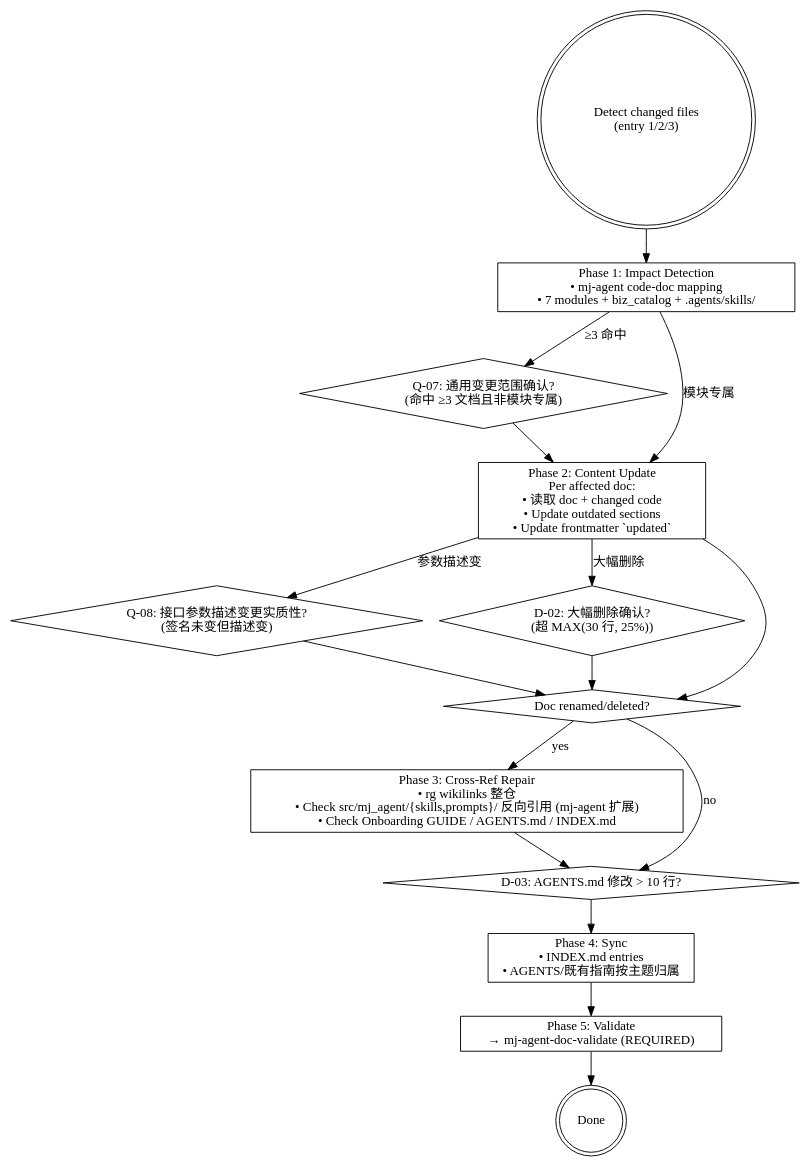
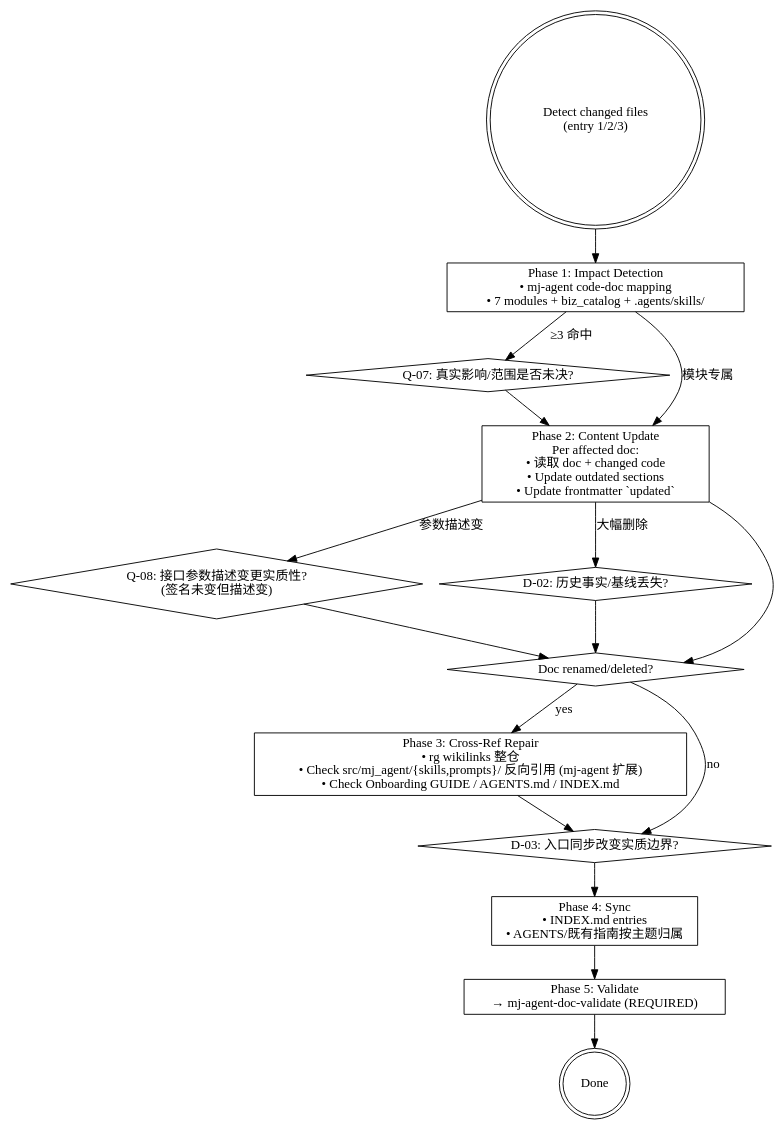
The diagram in .agents/skills/mj-agent-doc-sync/SKILL.md (MJ-AgentLab/mj-agent), drawn with Graphviz before and after one commit. The commit also changed other lines of this file and 23 other files, not shown here.

````diff
--- a/.agents/skills/mj-agent-doc-sync/SKILL.md
+++ b/.agents/skills/mj-agent-doc-sync/SKILL.md
@@ -34,42 +34,42 @@
 ```dot
 digraph sync {
   rankdir=TB;
   detect [label="Detect changed files\n(entry 1/2/3)" shape=doublecircle];
 
   p1 [label="Phase 1: Impact Detection\n• mj-agent code-doc mapping\n• 7 modules + biz_catalog + .agents/skills/" shape=box];
 
-  q07 [label="Q-07: 通用变更范围确认?\n(命中 ≥3 文档且非模块专属)" shape=diamond];
+  q07 [label="Q-07: 真实影响/范围是否未决?" shape=diamond];
 
   p2 [label="Phase 2: Content Update\nPer affected doc:\n• 读取 doc + changed code\n• Update outdated sections\n• Update frontmatter `updated`" shape=box];
 
   q08 [label="Q-08: 接口参数描述变更实质性?\n(签名未变但描述变)" shape=diamond];
-  d02 [label="D-02: 大幅删除确认?\n(超 MAX(30 行, 25%))" shape=diamond];
+  d02 [label="D-02: 历史事实/基线丢失?" shape=diamond];
 
   renamed [label="Doc renamed/deleted?" shape=diamond];
 
   p3 [label="Phase 3: Cross-Ref Repair\n• rg wikilinks 整仓\n• Check src/mj_agent/{skills,prompts}/ 反向引用 (mj-agent 扩展)\n• Check Onboarding GUIDE / AGENTS.md / INDEX.md" shape=box];
 
-  d03 [label="D-03: AGENTS.md 修改 > 10 行?" shape=diamond];
+  d03 [label="D-03: 入口同步改变实质边界?" shape=diamond];
 
   p4 [label="Phase 4: Sync\n• INDEX.md entries\n• AGENTS/既有指南按主题归属" shape=box];
 
   p5 [label="Phase 5: Validate\n→ mj-agent-doc-validate (REQUIRED)" shape=box];
 
   done [label="Done" shape=doublecircle];
 
   detect -> p1;
   p1 -> q07 [label="≥3 命中"];
   p1 -> p2 [label="模块专属"];
   q07 -> p2;
   p2 -> q08 [label="参数描述变"];
   p2 -> d02 [label="大幅删除"];
   p2 -> renamed;
   q08 -> renamed;
   d02 -> renamed;
   renamed -> p3 [label="yes"];
   renamed -> d03 [label="no"];
   p3 -> d03;
   d03 -> p4;
   p4 -> p5 -> done;
 }
 ```
````
